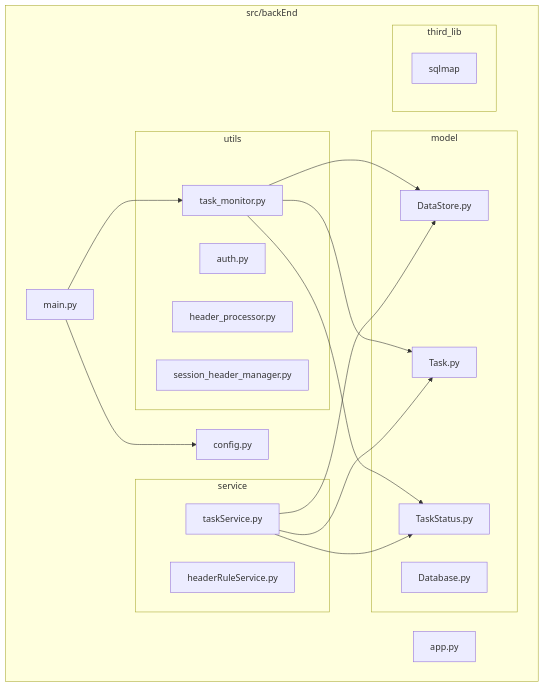
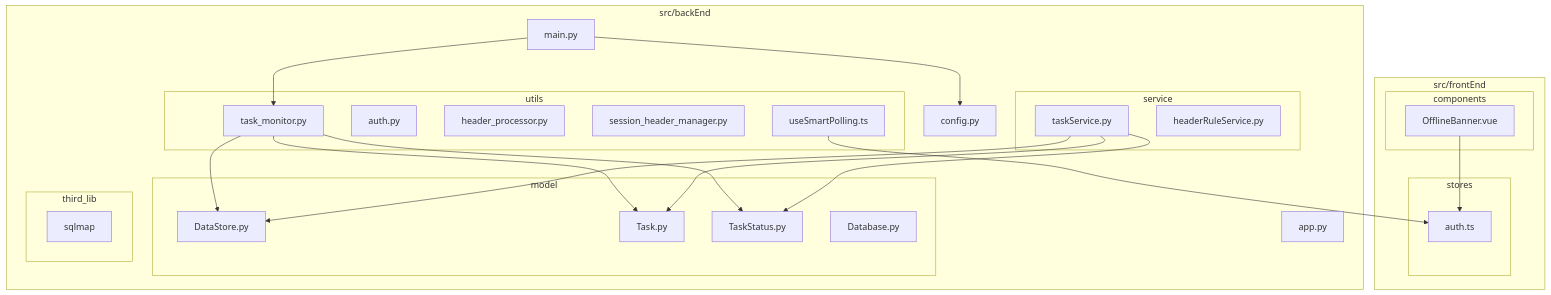
Before and after one commit to GitHubNull/sqlmapWebUI: the first of 9 diagrams in .qoder/repowiki/zh/content/监控与日志/系统监控.md, drawn with Mermaid. The commit also changed other lines of this file and 20 other files, not shown here.

````diff
--- a/.qoder/repowiki/zh/content/监控与日志/系统监控.md
+++ b/.qoder/repowiki/zh/content/监控与日志/系统监控.md
@@ -31,35 +51,48 @@
 ```mermaid
 graph TD
 subgraph "src/backEnd"
 subgraph "utils"
 task_monitor[task_monitor.py]
 auth[auth.py]
 header_processor[header_processor.py]
 session_header_manager[session_header_manager.py]
 end
 subgraph "model"
 DataStore[DataStore.py]
 Task[Task.py]
 TaskStatus[TaskStatus.py]
 Database[Database.py]
 end
 subgraph "service"
 taskService[taskService.py]
 headerRuleService[headerRuleService.py]
 end
 main[main.py]
 app[app.py]
 config[config.py]
 subgraph "third_lib"
 sqlmap[sqlmap]
 end
 end
+subgraph "src/frontEnd"
+subgraph "utils"
+useSmartPolling[useSmartPolling.ts]
+end
+subgraph "components"
+OfflineBanner[OfflineBanner.vue]
+end
+subgraph "stores"
+authStore[auth.ts]
+end
+end
 main --> task_monitor
 main --> config
 task_monitor --> DataStore
 task_monitor --> Task
 task_monitor --> TaskStatus
 taskService --> DataStore
 taskService --> Task
 taskService --> TaskStatus
+useSmartPolling --> authStore
+OfflineBanner --> authStore
 ```
````
